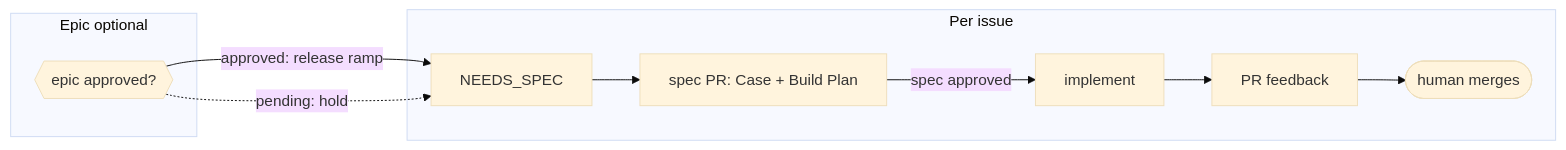
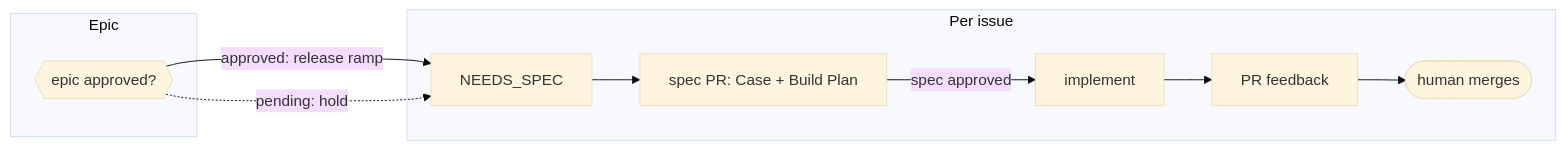
One commit to fixpoint-labs/flow-state-dev changed the second of 3 diagrams in docs/contributing/orchestration.md. Above: the diagram before and after it, drawn with Mermaid (base theme). The commit also changed other lines of this file and 19 other files, not shown here.

````diff
--- a/docs/contributing/orchestration.md
+++ b/docs/contributing/orchestration.md
@@ -210,13 +234,13 @@
 ```mermaid
 flowchart LR
-  subgraph Epic[Epic optional]
+  subgraph Epic[Epic]
     EO{{epic approved?}}
   end
   subgraph Issue[Per issue]
     NS[NEEDS_SPEC] --> SPEC[spec PR: Case + Build Plan]
     SPEC -->|spec approved| IMPL[implement]
     IMPL --> FB[PR feedback] --> MERGE([human merges])
   end
   EO -->|approved: release ramp| NS
   EO -.->|pending: hold| NS
 ```
````
